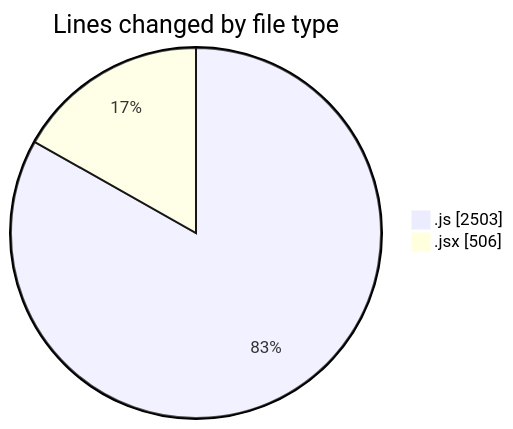
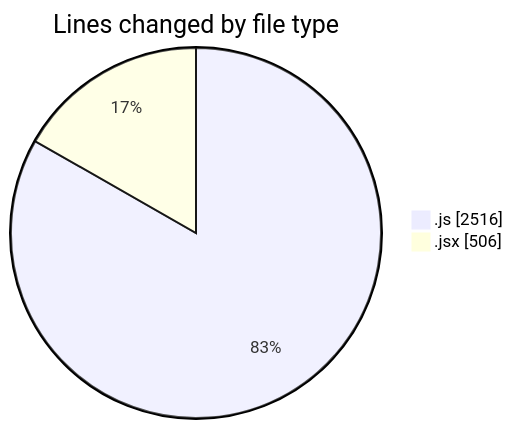
The first of 2 diagrams in 2025-07-27/nxtqube_webapp/README.md (nxtqubesakshisongat/code-tracking), drawn with Mermaid before and after one commit. The commit also changed other lines of this file and 1 other file, not shown here.

````diff
--- a/2025-07-27/nxtqube_webapp/README.md
+++ b/2025-07-27/nxtqube_webapp/README.md
@@ -24,6 +24,6 @@
 ```mermaid
 pie showData
 title Lines changed by file type
-".js" : 2503
+".js" : 2516
 ".jsx" : 506
 ```
````
